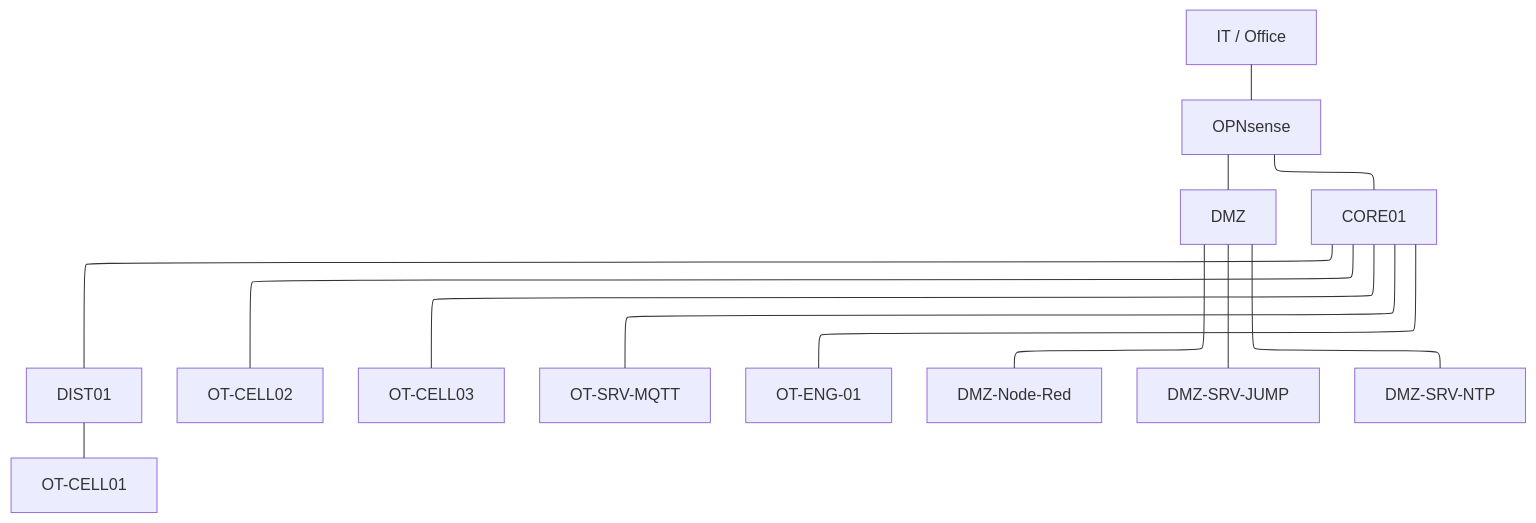
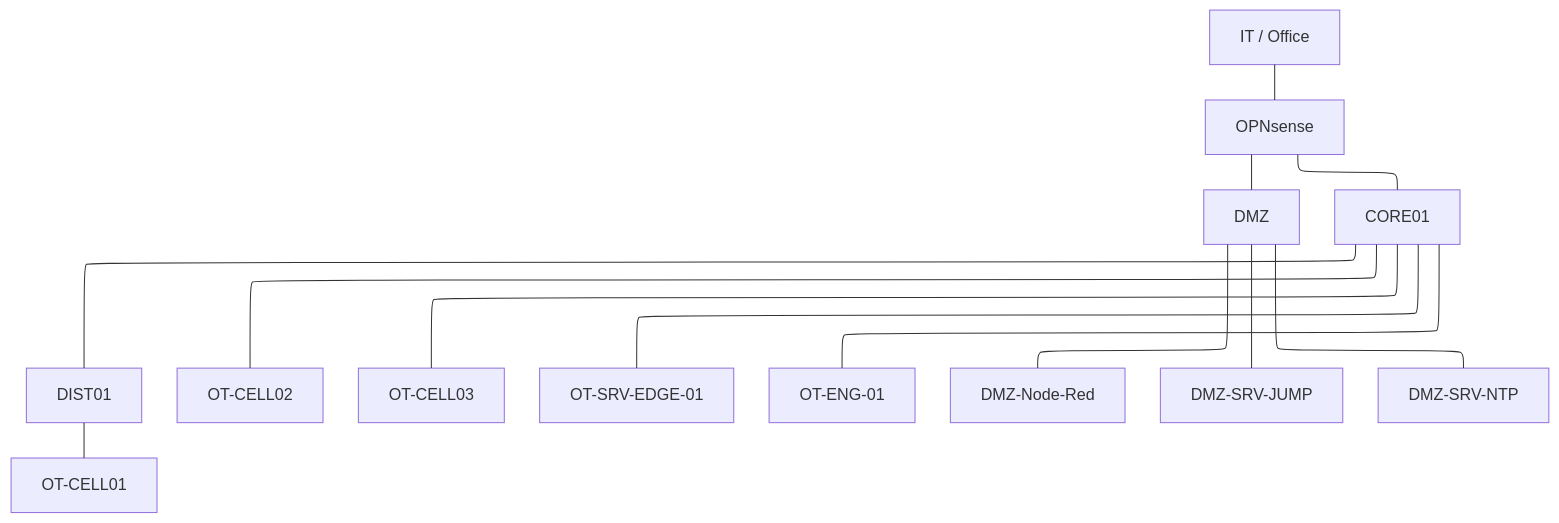
One commit to marcin-kolonko/OT-Security-Lab changed the diagram in README.md. Above: the diagram before and after it, drawn with Mermaid. The commit also changed other lines of this file and 11 other files, not shown here.

````diff
--- a/README.md
+++ b/README.md
@@ -13,35 +13,35 @@
 ```mermaid
 ---
 config:
   layout: elk
 ---
 flowchart TB
 
     IT["IT / Office"]
     FW["OPNsense"]
     DMZ["DMZ"]
     CORE1["CORE01"]
     DIST["DIST01"]
 
     C1["OT-CELL01"]
     C2["OT-CELL02"]
     C3["OT-CELL03"]
-    OTMQTT["OT-SRV-MQTT"]
+    OTEDGE["OT-SRV-EDGE-01"]
 	OTENG1["OT-ENG-01"]
     NODERED["DMZ-Node-Red"]
 	JUMP["DMZ-SRV-JUMP"]
 	NTP["DMZ-SRV-NTP"]
     IT --- FW
     FW --- DMZ
     FW --- CORE1
     DMZ --- NODERED
 	DMZ --- JUMP
 	DMZ --- NTP
 
     CORE1 --- DIST
     CORE1 --- C2
     CORE1 --- C3
 	CORE1 --- OTENG1
     DIST --- C1
-    CORE1 --- OTMQTT
+    CORE1 --- OTEDGE
 ```
````
